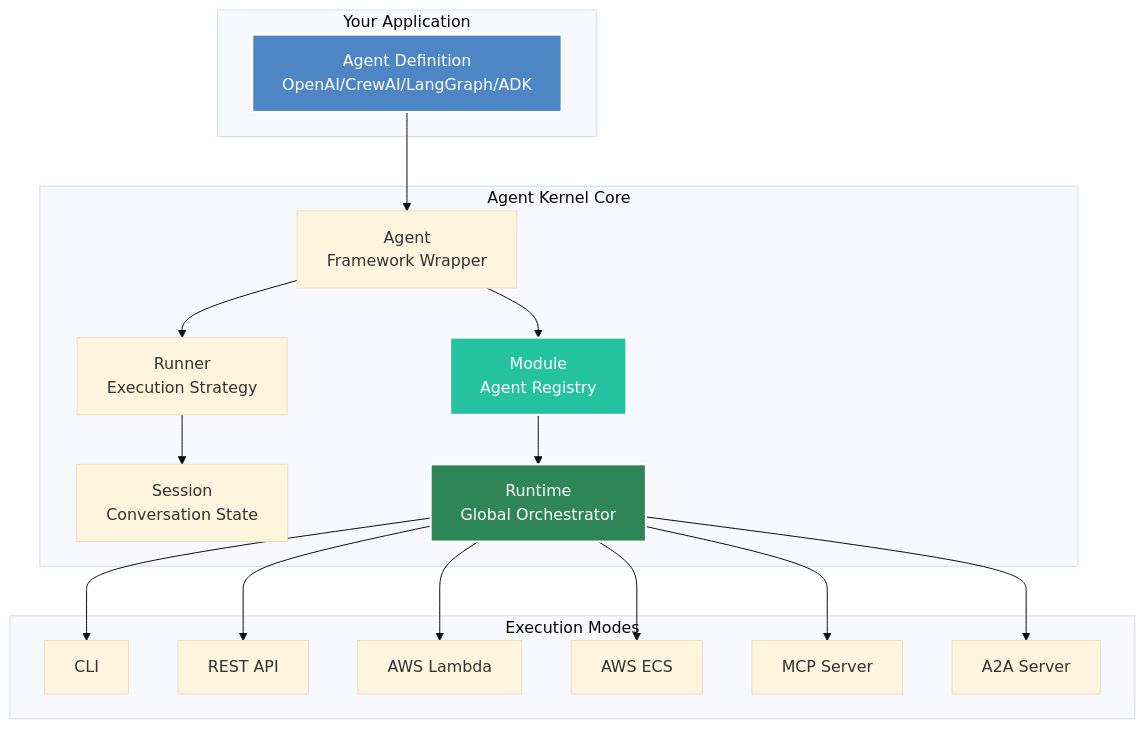
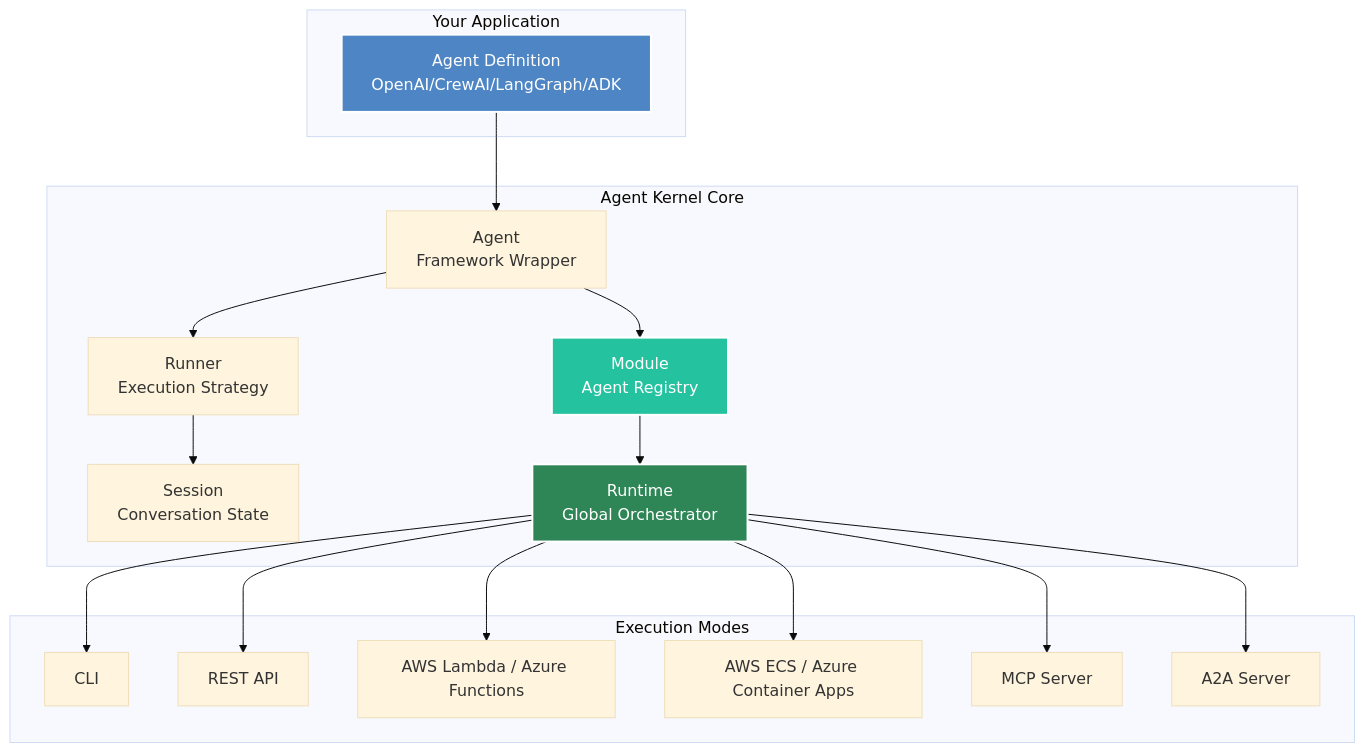
One commit to yaalalabs/agent-kernel changed the first of 4 diagrams in docs/docs/core-concepts/overview.md. Above: the diagram before and after it, drawn with Mermaid (base theme). The commit also changed 7 other files, not shown here.

````diff
--- a/docs/docs/core-concepts/overview.md
+++ b/docs/docs/core-concepts/overview.md
@@ -11,39 +11,39 @@
 ```mermaid
 graph TB
     subgraph "Your Application"
         A[Agent Definition<br/>OpenAI/CrewAI/LangGraph/ADK]
     end
     
     subgraph "Agent Kernel Core"
         B[Agent<br/>Framework Wrapper]
         C[Runner<br/>Execution Strategy]
         D[Session<br/>Conversation State]
         E[Module<br/>Agent Registry]
         F[Runtime<br/>Global Orchestrator]
     end
     
     subgraph "Execution Modes"
         G[CLI]
         H[REST API]
-        I[AWS Lambda]
-        J[AWS ECS]
+        I[AWS Lambda / Azure Functions]
+        J[AWS ECS / Azure Container Apps]
         K[MCP Server]
         L[A2A Server]
     end
     
     A --> B
     B --> C
     C --> D
     E --> F
     B --> E
     F --> G
     F --> H
     F --> I
     F --> J
     F --> K
     F --> L
     
     style A fill:#4e85c5,stroke:#fff,stroke-width:2px,color:#fff
     style F fill:#2e8555,stroke:#fff,stroke-width:2px,color:#fff
     style E fill:#25c2a0,stroke:#fff,stroke-width:2px,color:#fff
 ```
````
